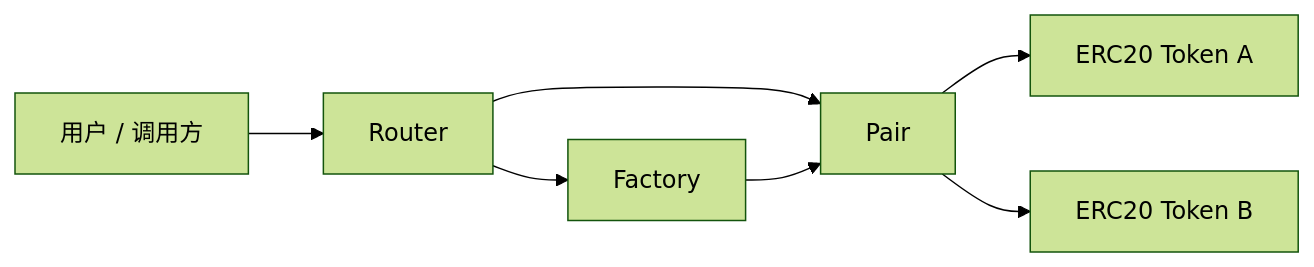
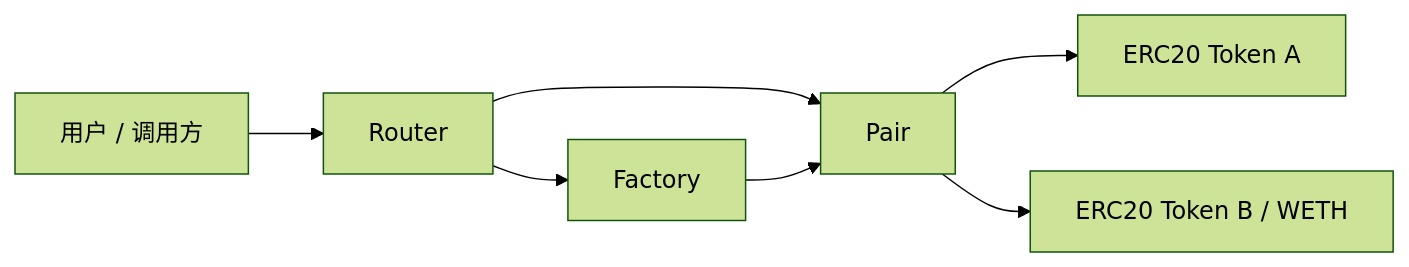
Before and after one commit to tomenengr/mini-uniswap: the diagram in README.md, drawn with Mermaid (forest theme). The commit also changed other lines of this file and 9 other files, not shown here.

````diff
--- a/README.md
+++ b/README.md
@@ -27,9 +29,9 @@
 ```mermaid
 flowchart LR
     User[用户 / 调用方] --> Router[Router]
     Router --> Factory[Factory]
     Router --> Pair[Pair]
     Factory --> Pair
     Pair --> TokenA[ERC20 Token A]
-    Pair --> TokenB[ERC20 Token B]
+    Pair --> TokenB[ERC20 Token B / WETH]
 ```
````
